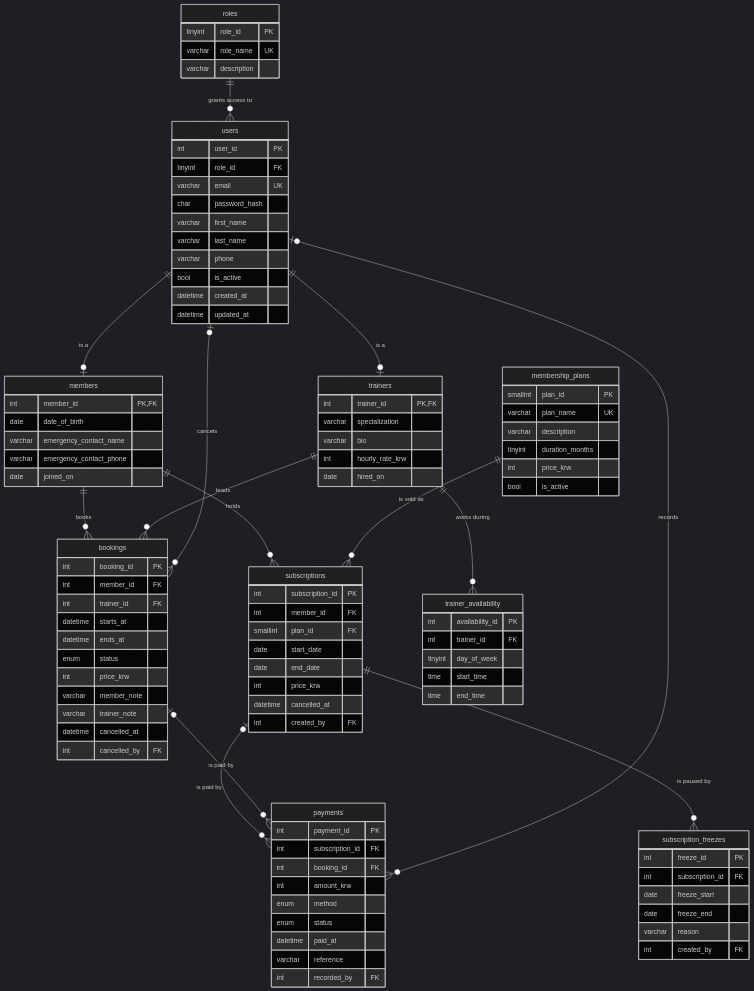
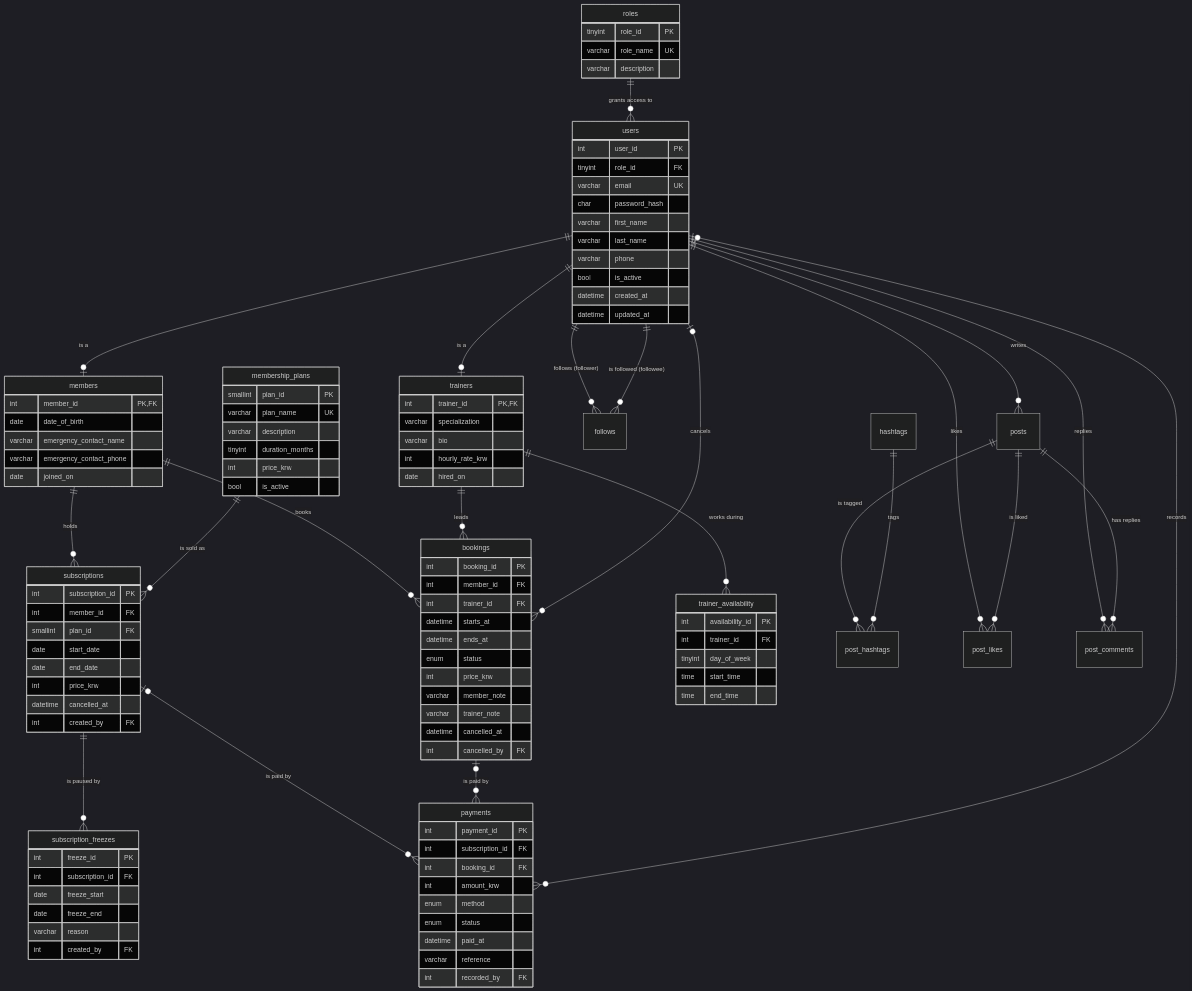
The diagram in docs/design.md (jasurme/HELLO_GYM-backend), drawn with Mermaid (dark theme) before and after one commit. The commit also changed other lines of this file and 33 other files, not shown here.

First line of the commit message:
Social area: usernames, follows, posts, likes, replies, ranked feed

```diff
--- a/docs/design.md
+++ b/docs/design.md
@@ -35,6 +40,15 @@
     trainers ||--o{ bookings : "leads"
     users |o--o{ payments : "records"
     users |o--o{ bookings : "cancels"
+    users ||--o{ follows : "follows (follower)"
+    users ||--o{ follows : "is followed (followee)"
+    users ||--o{ posts : "writes"
+    posts ||--o{ post_hashtags : "is tagged"
+    hashtags ||--o{ post_hashtags : "tags"
+    users ||--o{ post_likes : "likes"
+    posts ||--o{ post_likes : "is liked"
+    users ||--o{ post_comments : "replies"
+    posts ||--o{ post_comments : "has replies"
 
     roles {
         tinyint role_id PK
```
